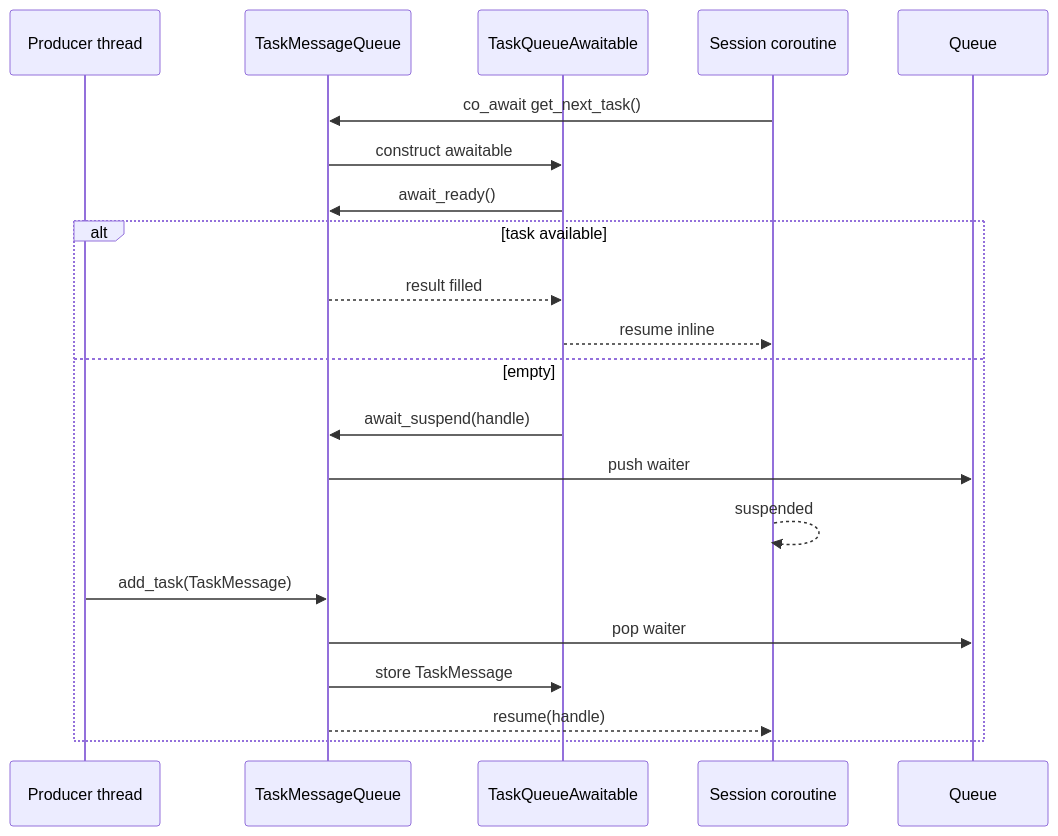
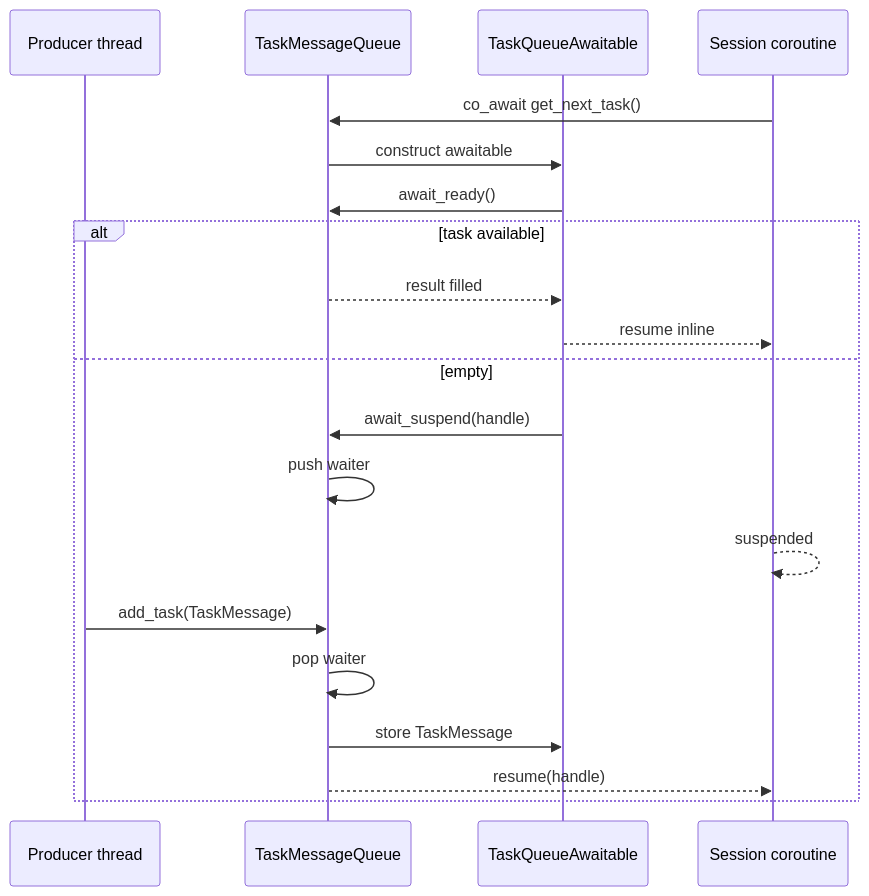
Before and after one commit to ilya-yusim/task-messenger: the second of 2 diagrams in message/README.md, drawn with Mermaid. The commit also changed other lines of this file and 62 other files, not shown here.

````diff
--- a/message/README.md
+++ b/message/README.md
@@ -28,23 +40,23 @@
 ```mermaid
 sequenceDiagram
     participant Prod as Producer thread
-    participant Pool as TaskMessageQueue
-    participant Await as TaskQueueAwaitable
-    participant Sess as Session coroutine
+    participant Q as TaskMessageQueue
+    participant Aw as TaskQueueAwaitable
+    participant S as Session coroutine
 
-    Sess->>Pool: co_await get_next_task()
-    Pool->>Await: construct awaitable
-    Await->>Pool: await_ready()
+    S->>Q: co_await get_next_task()
+    Q->>Aw: construct awaitable
+    Aw->>Q: await_ready()
     alt task available
-        Pool-->>Await: result filled
-        Await-->>Sess: resume inline
+        Q-->>Aw: result filled
+        Aw-->>S: resume inline
     else empty
-        Await->>Pool: await_suspend(handle)
-        Pool->>Queue: push waiter
-        Sess-->>Sess: suspended
-        Prod->>Pool: add_task(TaskMessage)
-        Pool->>Queue: pop waiter
-        Pool->>Await: store TaskMessage
-        Pool-->>Sess: resume(handle)
+        Aw->>Q: await_suspend(handle)
+        Q->>Q: push waiter
+        S-->>S: suspended
+        Prod->>Q: add_task(TaskMessage)
+        Q->>Q: pop waiter
+        Q->>Aw: store TaskMessage
+        Q-->>S: resume(handle)
     end
 ```
````
